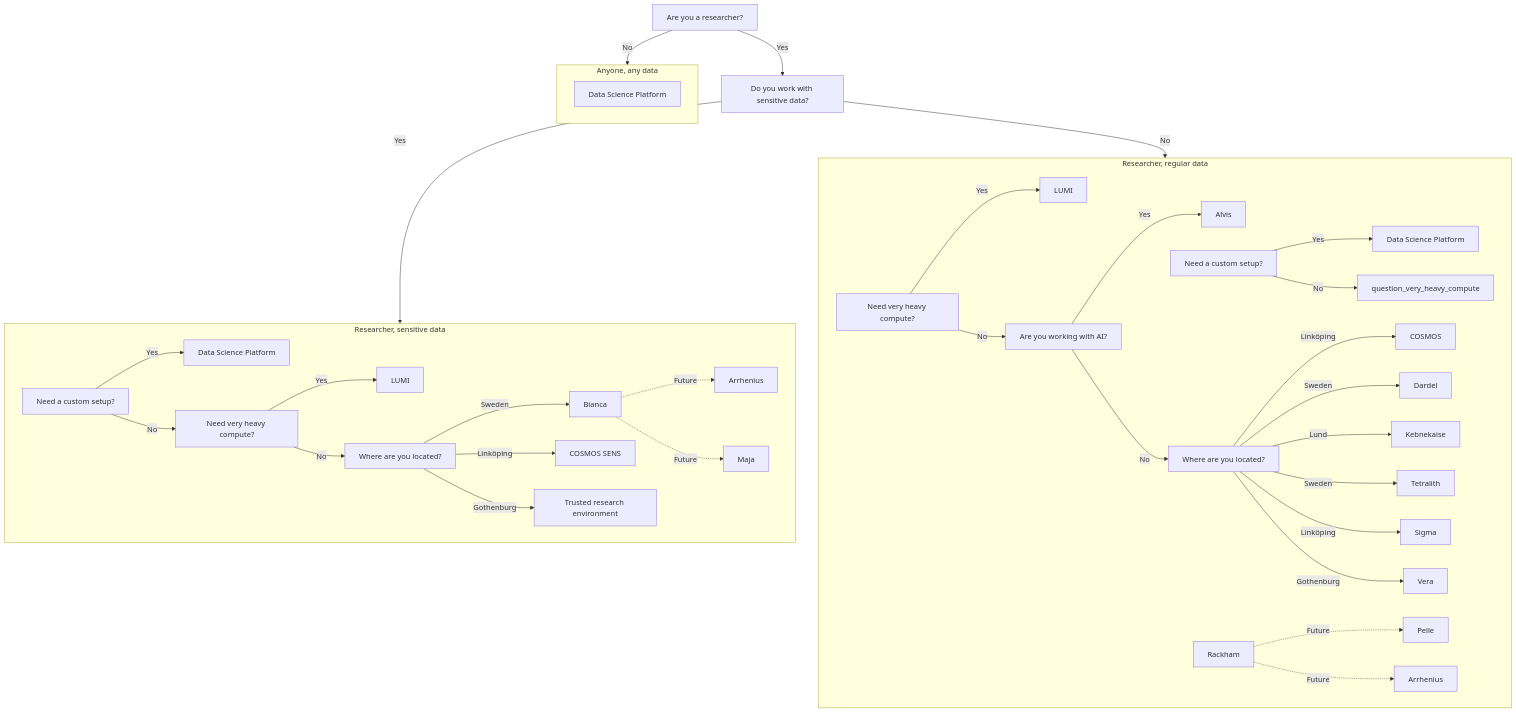
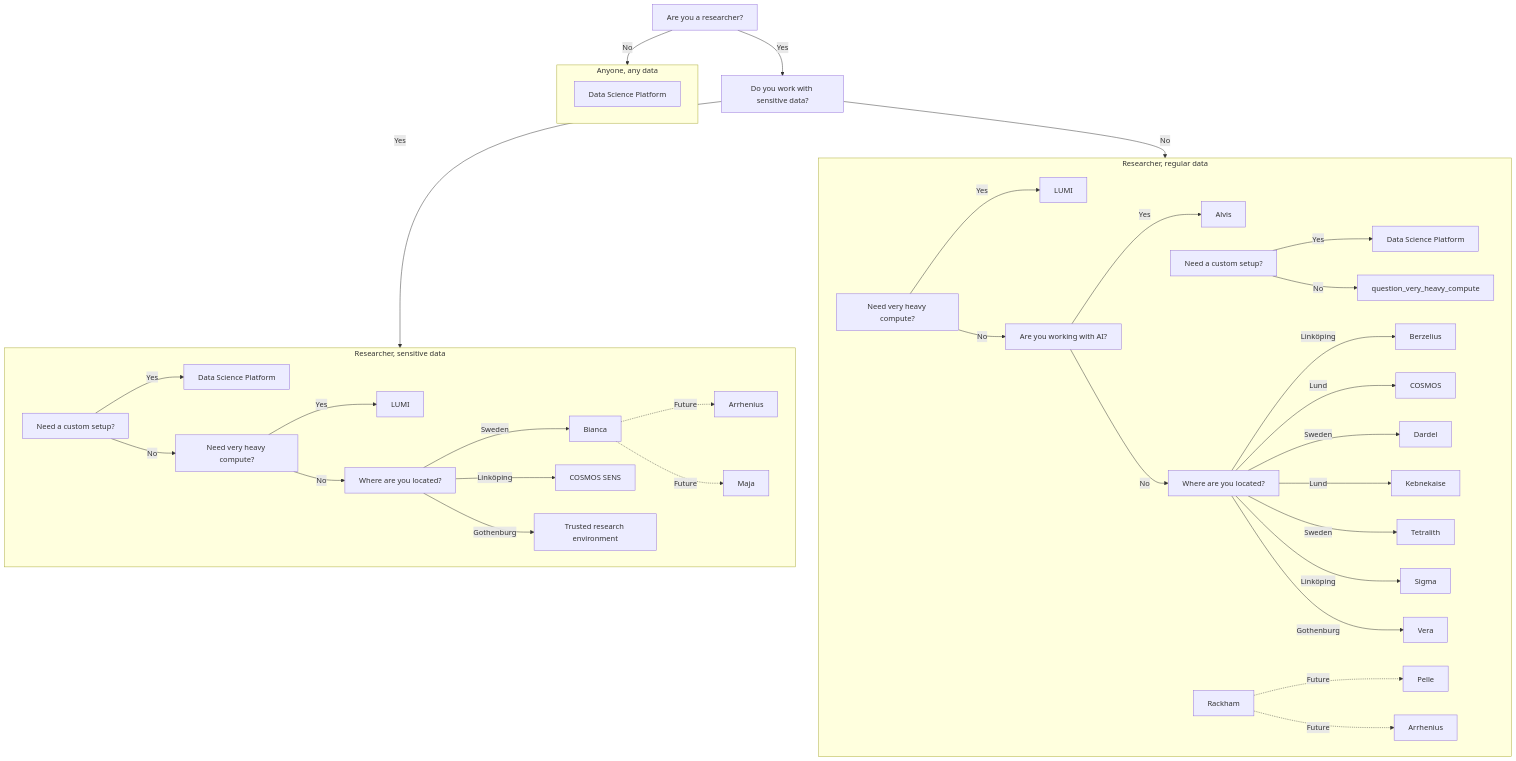
Before and after one commit to NBISweden/SCoRe_user_doc: the diagram in docs/compute_1.md, drawn with Mermaid. The commit also changed 1 other file, not shown here.

Commit message:
Add decision tree, progress #14

```diff
--- a/docs/compute_1.md
+++ b/docs/compute_1.md
@@ -45,6 +45,7 @@
   subgraph researcher_on_regular_data[Researcher, regular data]
     alvis[Alvis]
     arrhenius_rr[Arrhenius]
+    berzelius[Berzelius]
     cosmos[COSMOS]
     dardel[Dardel]
     data_science_platform_rr[Data Science Platform]
@@ -69,7 +70,8 @@
     question_ai --> |No| question_where_rr
 
     question_where_rr[Where are you located?]
-    question_where_rr --> |Linköping| cosmos
+    question_where_rr --> |Linköping| berzelius
+    question_where_rr --> |Lund| cosmos
     question_where_rr --> |Sweden| dardel
     question_where_rr --> |Lund| kebnekaise
     question_where_rr --> |Sweden| tetralith
```
